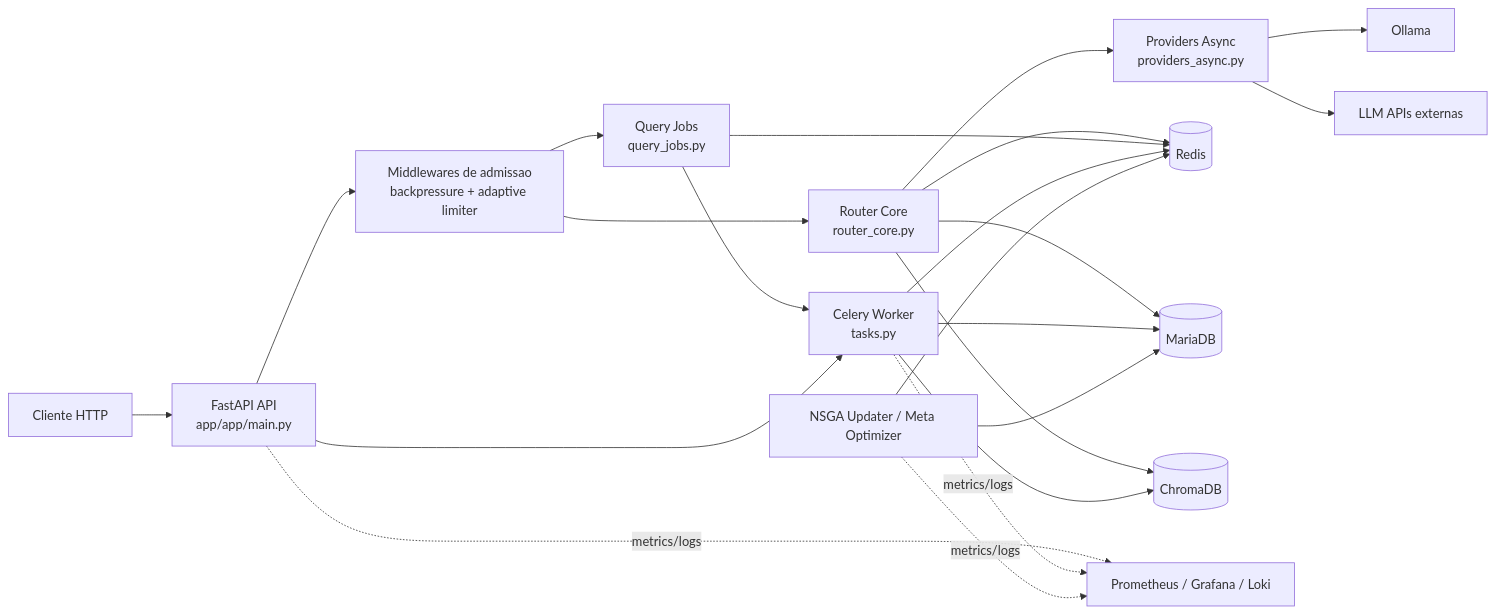
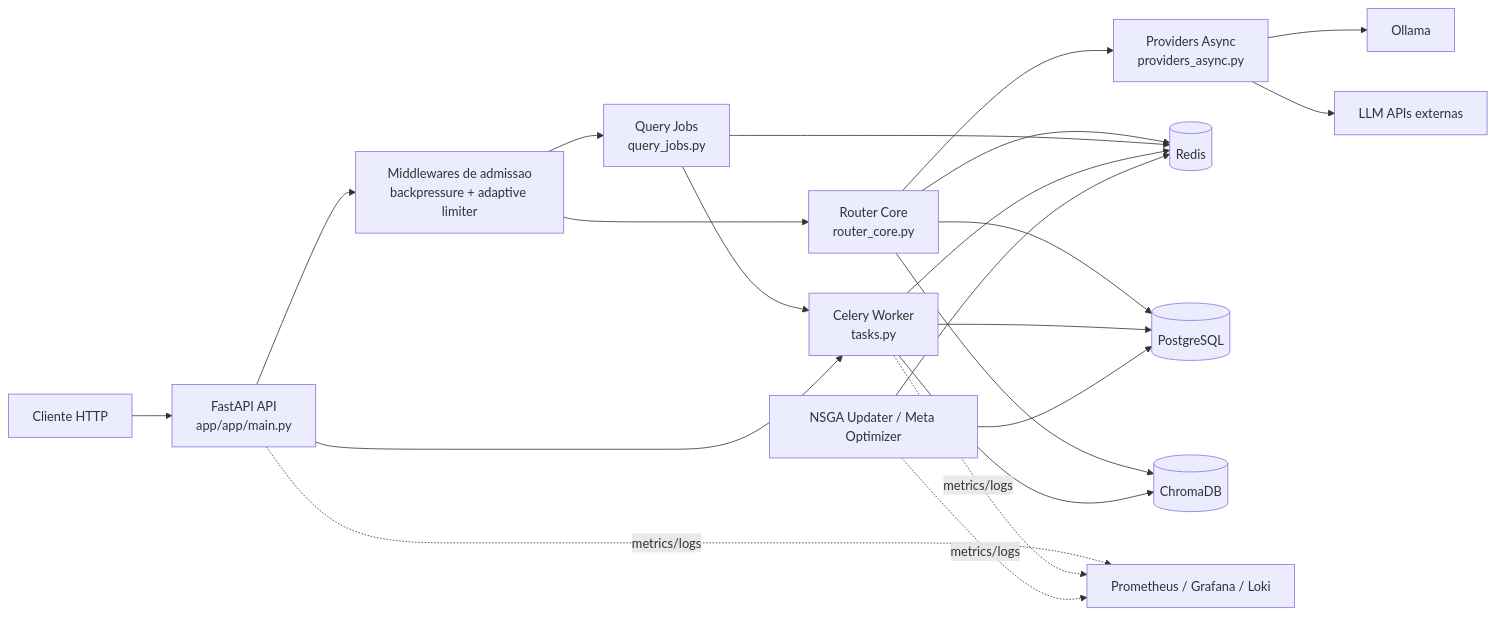
One commit to jeffersonduartebr/iag_forall changed the third of 6 diagrams in README.md. Above: the diagram before and after it, drawn with Mermaid. The commit also changed other lines of this file and 27 other files, not shown here.

````diff
--- a/README.md
+++ b/README.md
@@ -64,39 +64,39 @@
 ```mermaid
 flowchart LR
     Client[Cliente HTTP]
     API[FastAPI API<br/>app/app/main.py]
     Admission[Middlewares de admissao<br/>backpressure + adaptive limiter]
     Router[Router Core<br/>router_core.py]
     QueryJobs[Query Jobs<br/>query_jobs.py]
     Providers[Providers Async<br/>providers_async.py]
     Ollama[Ollama]
     External[LLM APIs externas]
     Redis[(Redis)]
-    MariaDB[(MariaDB)]
+    Postgres[(PostgreSQL)]
     Chroma[(ChromaDB)]
     Celery[Celery Worker<br/>tasks.py]
     NSGA[NSGA Updater / Meta Optimizer]
     Obs[Prometheus / Grafana / Loki]
 
     Client --> API
     API --> Admission
     Admission --> Router
     Admission --> QueryJobs
     Router --> Redis
     Router --> Chroma
-    Router --> MariaDB
+    Router --> Postgres
     Router --> Providers
     QueryJobs --> Redis
     QueryJobs --> Celery
     Providers --> Ollama
     Providers --> External
     API --> Celery
-    Celery --> MariaDB
+    Celery --> Postgres
     Celery --> Redis
     Celery --> Chroma
-    NSGA --> MariaDB
+    NSGA --> Postgres
     NSGA --> Redis
     API -. metrics/logs .-> Obs
     Celery -. metrics/logs .-> Obs
     NSGA -. metrics/logs .-> Obs
 ```
````
